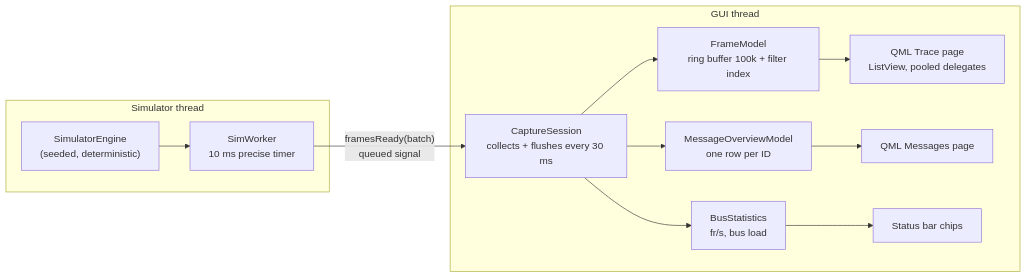
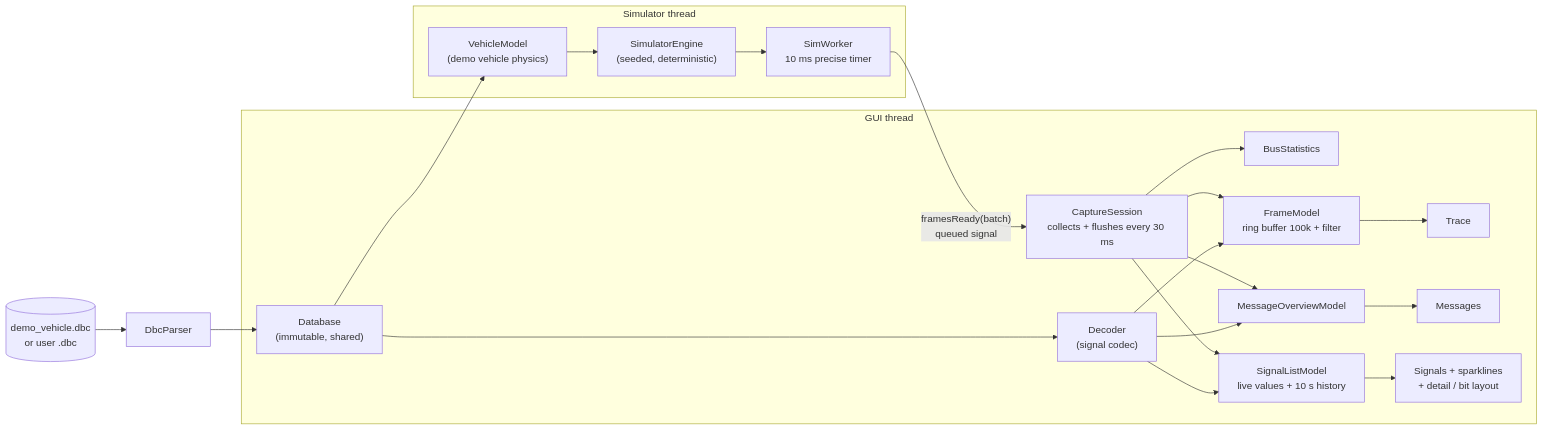
One commit to AhmedAlaaEl-Din/can_signal_analyzer changed the diagram in README.md. Above: the diagram before and after it, drawn with Mermaid. The commit also changed other lines of this file and 4 other files, not shown here.

First line of the commit message:
Docs: phase 2 README (DBC subset, loading, architecture), phase2-explained, decisions, progress summary

````diff
--- a/README.md
+++ b/README.md
@@ -61,16 +90,24 @@
 ```mermaid
 flowchart LR
     subgraph worker["Simulator thread"]
         E["SimulatorEngine<br/>(seeded, deterministic)"] --> W["SimWorker<br/>10 ms precise timer"]
+        VM["VehicleModel<br/>(demo vehicle physics)"] --> E
     end
+    DBC[("demo_vehicle.dbc<br/>or user .dbc")] --> P["DbcParser"] --> DB["Database<br/>(immutable, shared)"]
+    DB --> VM
     W -- "framesReady(batch)<br/>queued signal" --> S
     subgraph gui["GUI thread"]
         S["CaptureSession<br/>collects + flushes every 30 ms"]
-        S --> ST["BusStatistics<br/>fr/s, bus load"]
-        S --> FM["FrameModel<br/>ring buffer 100k + filter index"]
-        S --> MO["MessageOverviewModel<br/>one row per ID"]
-        FM --> QT["QML Trace page<br/>ListView, pooled delegates"]
-        MO --> QM["QML Messages page"]
-        ST --> QS["Status bar chips"]
+        S --> ST["BusStatistics"]
+        S --> FM["FrameModel<br/>ring buffer 100k + filter"]
+        S --> MO["MessageOverviewModel"]
+        S --> SL["SignalListModel<br/>live values + 10 s history"]
+        DB --> D["Decoder<br/>(signal codec)"]
+        D --> FM
+        D --> MO
+        D --> SL
+        FM --> QT["Trace"]
+        MO --> QM["Messages"]
+        SL --> QS["Signals + sparklines<br/>+ detail / bit layout"]
     end
 ```
````
